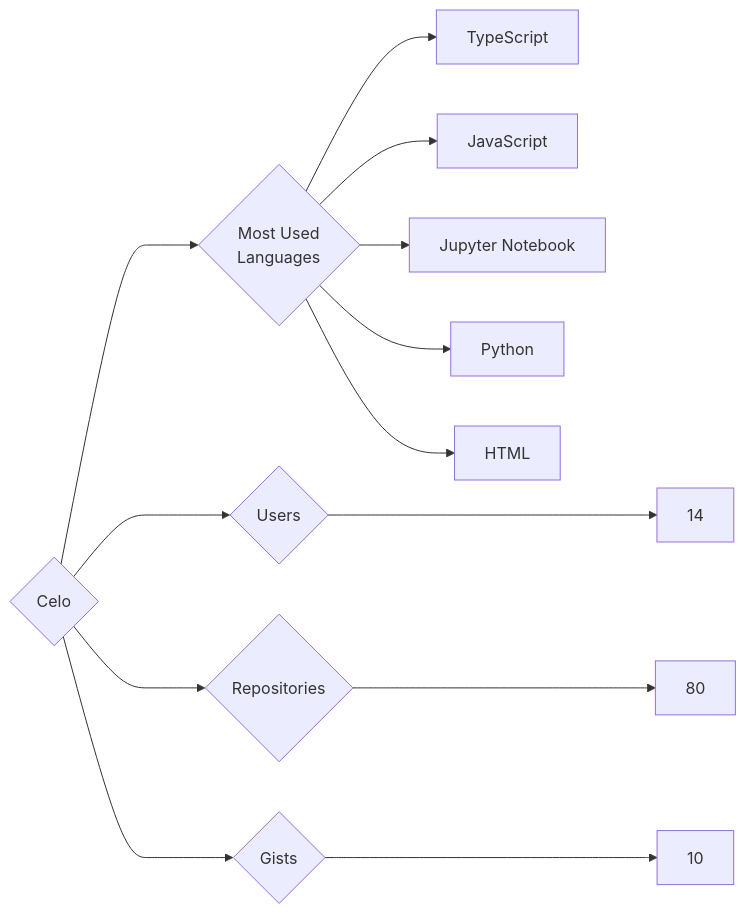
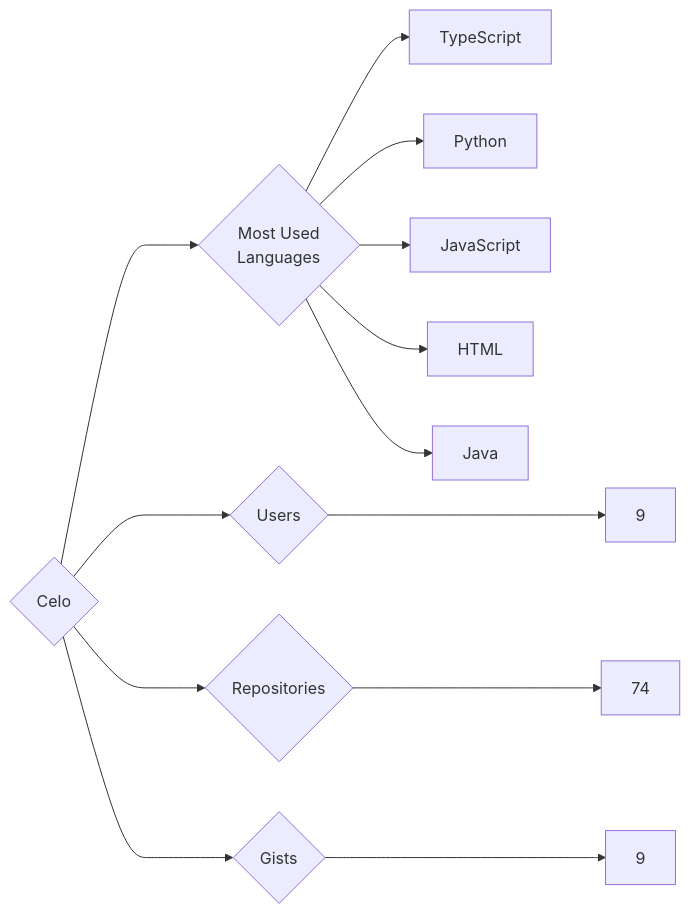
Before and after one commit to trickest/insiders: the diagram in targets/Celo/README.md, drawn with Mermaid. The commit also changed 614 other files, not shown here.

````diff
--- a/targets/Celo/README.md
+++ b/targets/Celo/README.md
@@ -3,13 +3,13 @@
 ```mermaid
 graph LR
 COMPANY_NAME{Celo}
-COMPANY_NAME ---> U{Users} ---> UN[14]
-COMPANY_NAME ---> R{Repositories} ---> RN[80]
-COMPANY_NAME ---> G{Gists} ---> GN[10]
+COMPANY_NAME ---> U{Users} ---> UN[9]
+COMPANY_NAME ---> R{Repositories} ---> RN[74]
+COMPANY_NAME ---> G{Gists} ---> GN[9]
 COMPANY_NAME ---> ML{Most Used<br>Languages}
 ML --> TypeScript[TypeScript]
+ML --> Python[Python]
 ML --> JavaScript[JavaScript]
-ML --> Jupyter_Notebook[Jupyter Notebook]
-ML --> Python[Python]
 ML --> HTML[HTML]
+ML --> Java[Java]
 ```
````
